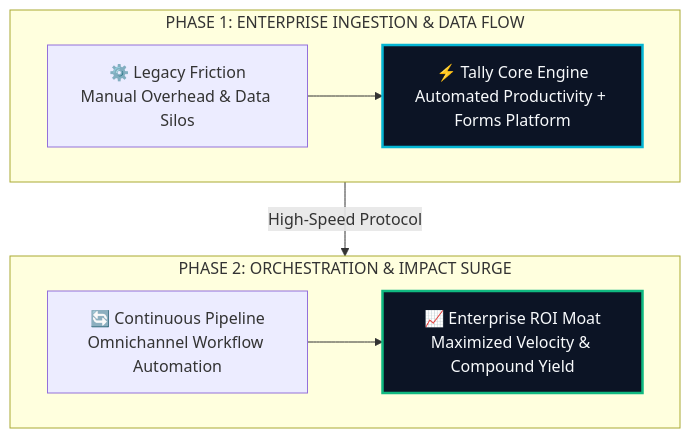
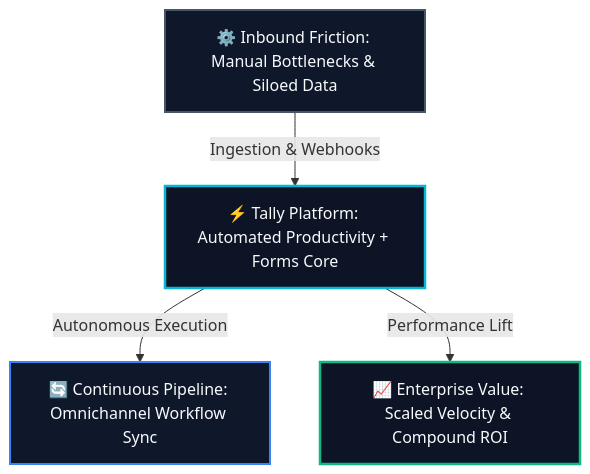
Before and after one commit to heliatech-media/saas-radar: the diagram in site/src/content/blog/tally-evolution-guide-2026.md, drawn with Mermaid. The commit also changed 93 other files, not shown here.

First line of the commit message:
fix(diagrams): resolve dagre-d3 subgraph collision by migrating to balanced 3-tier Hub & Spoke architecture

````diff
--- a/site/src/content/blog/tally-evolution-guide-2026.md
+++ b/site/src/content/blog/tally-evolution-guide-2026.md
@@ -53,14 +53,14 @@
 ```mermaid
 flowchart TD
-    subgraph S1["PHASE 1: ENTERPRISE INGESTION & DATA FLOW"]
-        direction LR
-        A["⚙️ Legacy Friction<br/>Manual Overhead & Data Silos"] --> B["⚡ Tally Core Engine<br/>Automated Productivity + Forms Platform"]
-    end
-    subgraph S2["PHASE 2: ORCHESTRATION & IMPACT SURGE"]
-        direction LR
-        C["🔄 Continuous Pipeline<br/>Omnichannel Workflow Automation"] --> D["📈 Enterprise ROI Moat<br/>Maximized Velocity & Compound Yield"]
-    end
-    S1 -->|High-Speed Protocol| S2
-    style B fill:#0c1425,stroke:#06b6d4,stroke-width:2.5px,color:#f8fafc
-    style D fill:#0c1425,stroke:#10b981,stroke-width:2.5px,color:#f8fafc
+    Inp["⚙️ Inbound Friction: Manual Bottlenecks & Siloed Data"]
+    Eng["⚡ Tally Platform: Automated Productivity + Forms Core"]
+    Out1["🔄 Continuous Pipeline: Omnichannel Workflow Sync"]
+    Out2["📈 Enterprise Value: Scaled Velocity & Compound ROI"]
+    Inp -->|Ingestion & Webhooks| Eng
+    Eng -->|Autonomous Execution| Out1
+    Eng -->|Performance Lift| Out2
+    style Inp fill:#0f172a,stroke:#475569,stroke-width:2px,color:#f8fafc
+    style Eng fill:#0c1425,stroke:#06b6d4,stroke-width:2.5px,color:#f8fafc
+    style Out1 fill:#0f172a,stroke:#3b82f6,stroke-width:2px,color:#f8fafc
+    style Out2 fill:#0c1425,stroke:#10b981,stroke-width:2.5px,color:#f8fafc
 ```
````
